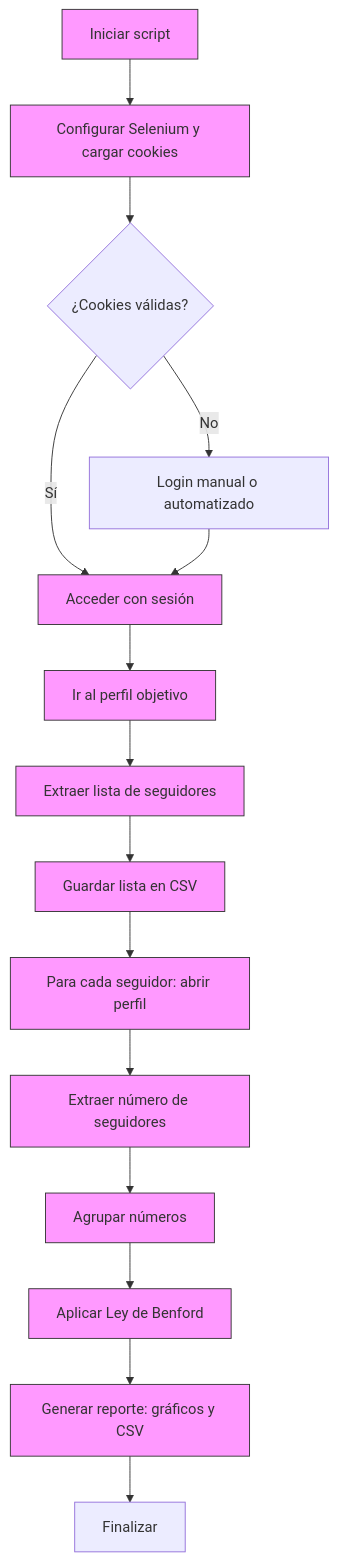
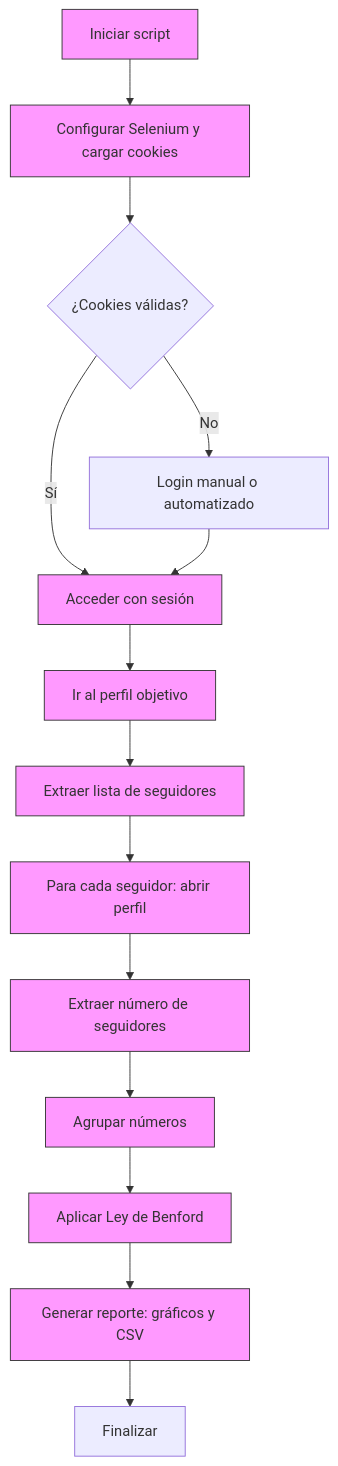
One commit to SebastianWebApp/Web-Scraping-Instagram changed the diagram in README.md. Above: the diagram before and after it, drawn with Mermaid.

Commit message:
fix: :art: Arreglo mermaid

````diff
--- a/README.md
+++ b/README.md
@@ -26,20 +26,19 @@
 ```mermaid
 flowchart TD
   A[Iniciar script] --> B[Configurar Selenium y cargar cookies]
   B --> C{¿Cookies válidas?}
   C -- Sí --> D[Acceder con sesión]
   C -- No --> E[Login manual o automatizado]
   E --> D
   D --> F[Ir al perfil objetivo]
-  F --> G[Extraer lista de seguidores]
-  G --> H[Guardar lista en CSV]
+  F --> H[Extraer lista de seguidores]
   H --> I[Para cada seguidor: abrir perfil]
   I --> J[Extraer número de seguidores]
   J --> K[Agrupar números]
   K --> L[Aplicar Ley de Benford]
   L --> M[Generar reporte: gráficos y CSV]
   M --> N[Finalizar]
 
   classDef etapa fill:#f9f,stroke:#333,stroke-width:1px;
-  class A,B,D,F,G,H,I,J,K,L,M etapa;
+  class A,B,D,F,H,I,J,K,L,M etapa;
 ```
````
